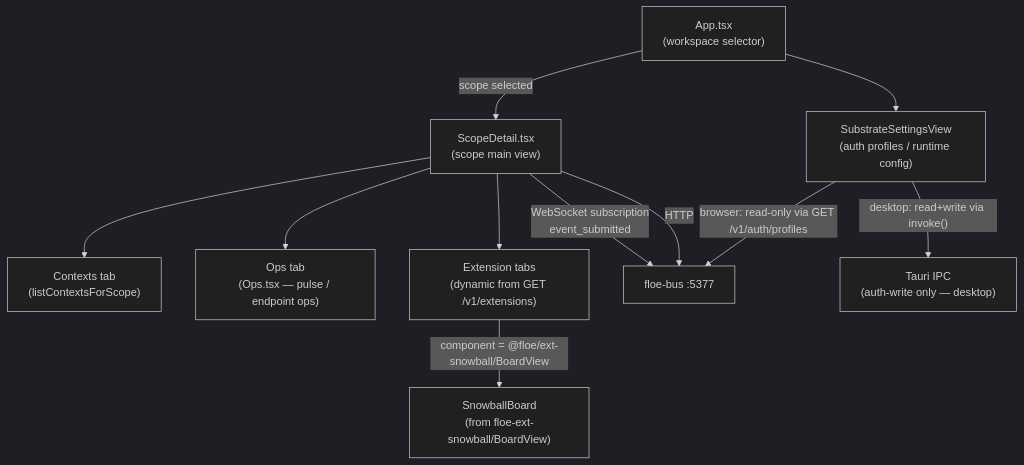
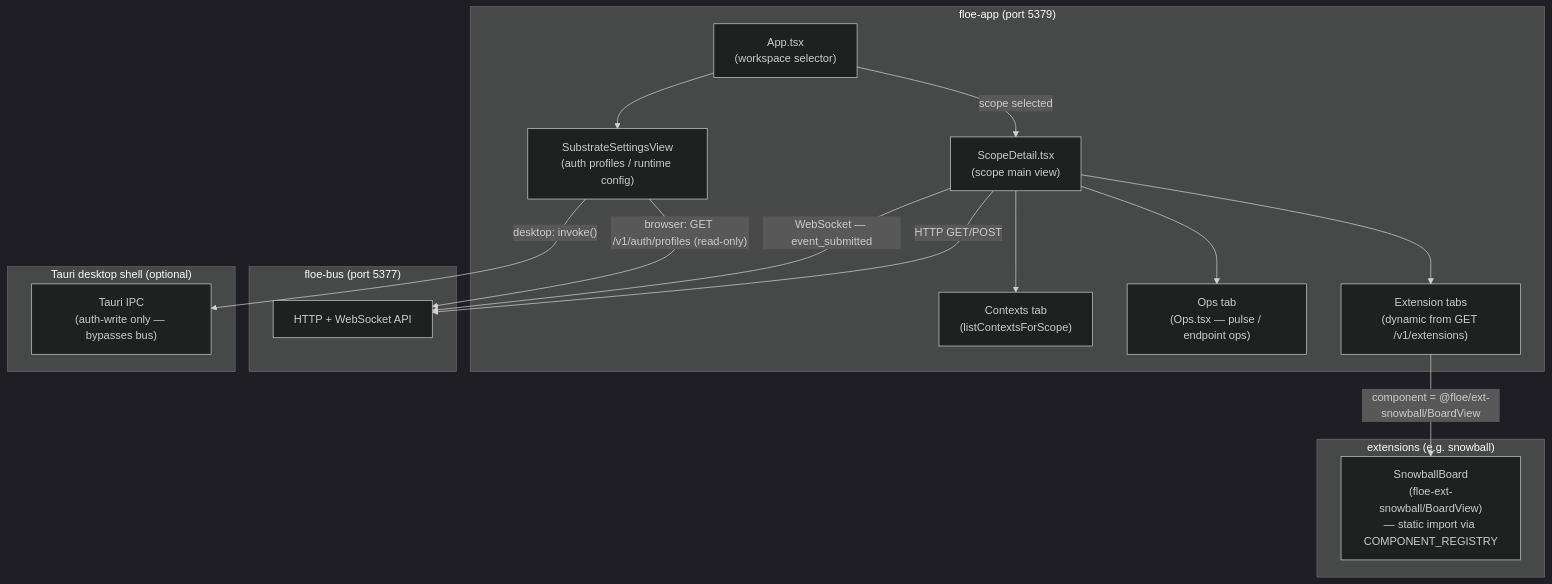
One commit to floe-ai/floe-subtrate changed the seventh of 12 diagrams in docs/architecture/overview.md. Above: the diagram before and after it, drawn with Mermaid (dark theme). The commit also changed other lines of this file, not shown here.

````diff
--- a/docs/architecture/overview.md
+++ b/docs/architecture/overview.md
@@ -202,24 +269,35 @@
 ```mermaid
 graph TD
-    APP["App.tsx\n(workspace selector)"]
-    SD["ScopeDetail.tsx\n(scope main view)"]
-    CTX_LIST["Contexts tab\n(listContextsForScope)"]
-    OPS["Ops tab\n(Ops.tsx — pulse / endpoint ops)"]
-    EXT_TABS["Extension tabs\n(dynamic from GET /v1/extensions)"]
-    SB["SnowballBoard\n(from floe-ext-snowball/BoardView)"]
-    SS["SubstrateSettingsView\n(auth profiles / runtime config)"]
-    BUS["floe-bus :5377"]
-    TAURI["Tauri IPC\n(auth-write only — desktop)"]
+    subgraph APP["floe-app (port 5379)"]
+        APPX["App.tsx\n(workspace selector)"]
+        SD["ScopeDetail.tsx\n(scope main view)"]
+        CTX_LIST["Contexts tab\n(listContextsForScope)"]
+        OPS["Ops tab\n(Ops.tsx — pulse / endpoint ops)"]
+        EXT_TABS["Extension tabs\n(dynamic from GET /v1/extensions)"]
+        SS["SubstrateSettingsView\n(auth profiles / runtime config)"]
+    end
 
-    APP -->|"scope selected"| SD
+    subgraph EXT["extensions (e.g. snowball)"]
+        SB["SnowballBoard\n(floe-ext-snowball/BoardView)\n— static import via COMPONENT_REGISTRY"]
+    end
+
+    subgraph BUS["floe-bus (port 5377)"]
+        BAPI["HTTP + WebSocket API"]
+    end
+
+    subgraph DESKTOP["Tauri desktop shell (optional)"]
+        TAURI["Tauri IPC\n(auth-write only — bypasses bus)"]
+    end
+
+    APPX -->|"scope selected"| SD
     SD --> CTX_LIST
     SD --> OPS
     SD --> EXT_TABS
     EXT_TABS -->|"component = @floe/ext-snowball/BoardView"| SB
-    APP --> SS
-    SS -->|"browser: read-only via GET /v1/auth/profiles"| BUS
-    SS -->|"desktop: read+write via invoke()"| TAURI
+    APPX --> SS
+    SS -->|"browser: GET /v1/auth/profiles (read-only)"| BAPI
+    SS -->|"desktop: invoke()"| TAURI
 
-    SD -->|"WebSocket subscription\nevent_submitted"| BUS
-    SD -->|"HTTP"| BUS
+    SD -->|"WebSocket — event_submitted"| BAPI
+    SD -->|"HTTP GET/POST"| BAPI
 ```
````
